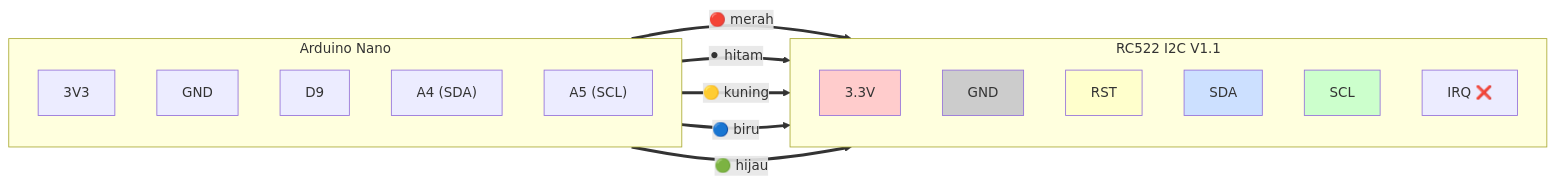
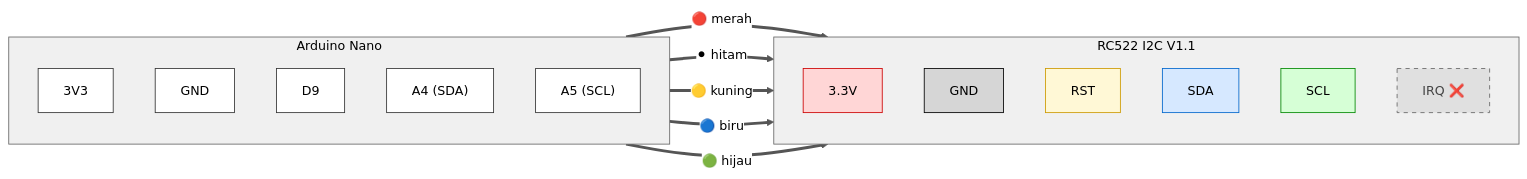
One commit to umarovk/SIKAMOT changed the third of 10 diagrams in motor_starter/DIAGRAM_MERMAID.md. Above: the diagram before and after it, drawn with Mermaid. The commit also changed other lines of this file, not shown here.

First line of the commit message:
style(diagram): force readable text on GitHub dark mode

````diff
--- a/motor_starter/DIAGRAM_MERMAID.md
+++ b/motor_starter/DIAGRAM_MERMAID.md
@@ -193,33 +195,40 @@
 ```mermaid
+%%{init: {'theme':'base', 'themeVariables': {'primaryColor':'#ffffff','primaryTextColor':'#000000','primaryBorderColor':'#333333','lineColor':'#555555','clusterBkg':'#f0f0f0','clusterBorder':'#666666','titleColor':'#000000','edgeLabelBackground':'#ffffff','fontSize':'15px'}}}%%
 flowchart LR
     subgraph NANO["Arduino Nano"]
         direction TB
         n33["3V3"]
         ngnd["GND"]
         nd9["D9"]
         na4["A4 (SDA)"]
         na5["A5 (SCL)"]
     end
 
     subgraph RFID["RC522 I2C V1.1"]
         direction TB
         rvcc["3.3V"]
         rgnd["GND"]
         rrst["RST"]
         rsda["SDA"]
         rscl["SCL"]
         rirq["IRQ ❌"]
     end
 
     n33 ==>|"🔴 merah"| rvcc
     ngnd ==>|"⚫ hitam"| rgnd
     nd9 ==>|"🟡 kuning"| rrst
     na4 ==>|"🔵 biru"| rsda
     na5 ==>|"🟢 hijau"| rscl
 
-    style rvcc fill:#ffcccc
-    style rgnd fill:#cccccc
-    style rrst fill:#ffffcc
-    style rsda fill:#cce0ff
-    style rscl fill:#ccffcc
+    style rvcc fill:#ffd6d6,color:#000000,stroke:#cc0000
+    style rgnd fill:#d6d6d6,color:#000000,stroke:#000000
+    style rrst fill:#fff8d6,color:#000000,stroke:#cc9900
+    style rsda fill:#d6e8ff,color:#000000,stroke:#0066cc
+    style rscl fill:#d6ffd6,color:#000000,stroke:#008800
+    style rirq fill:#e0e0e0,color:#444444,stroke:#666666,stroke-dasharray:5 5
+    style n33 fill:#ffffff,color:#000000,stroke:#333333
+    style ngnd fill:#ffffff,color:#000000,stroke:#333333
+    style nd9 fill:#ffffff,color:#000000,stroke:#333333
+    style na4 fill:#ffffff,color:#000000,stroke:#333333
+    style na5 fill:#ffffff,color:#000000,stroke:#333333
 ```
````
